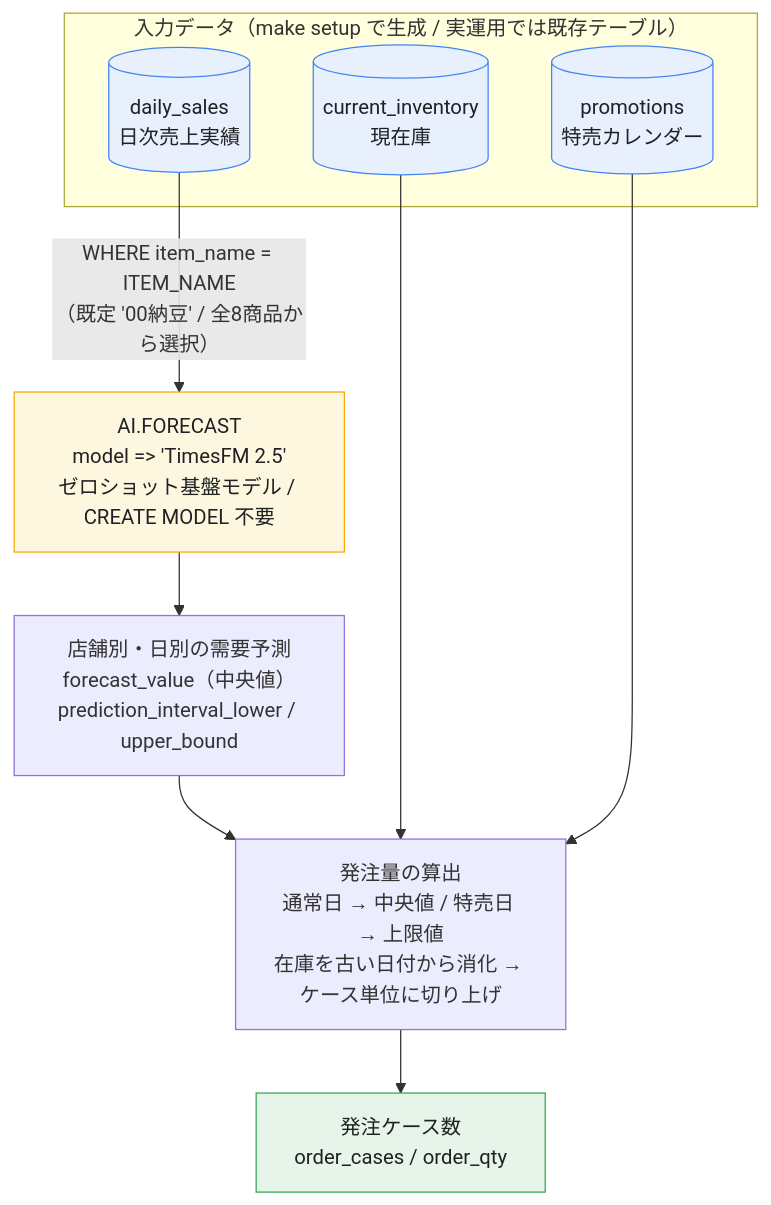
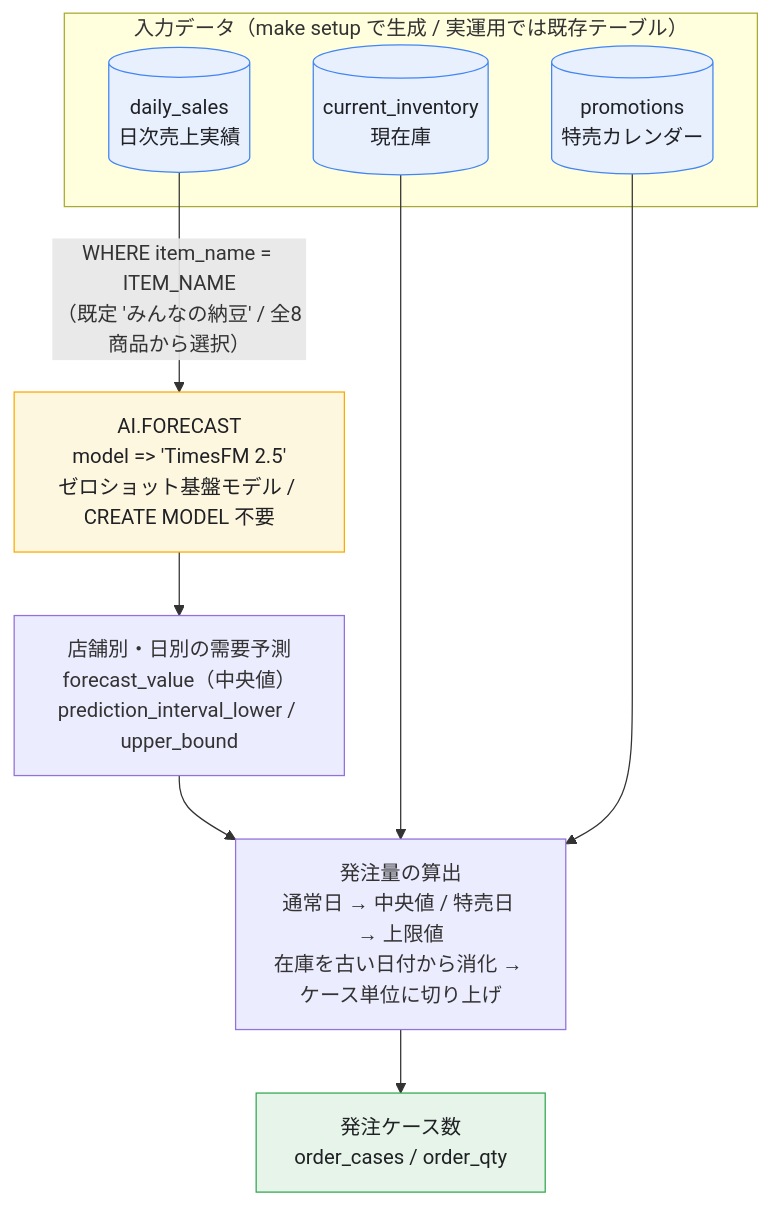
The first of 6 diagrams in README.md (shin5ok/bq-forecast-timesfm), drawn with Mermaid before and after one commit. The commit also changed other lines of this file and 8 other files, not shown here.

````diff
--- a/README.md
+++ b/README.md
@@ -18,27 +18,27 @@
 ```mermaid
 flowchart TD
     subgraph SRC["入力データ（make setup で生成 / 実運用では既存テーブル）"]
         SALES[("daily_sales<br/>日次売上実績")]
         INV[("current_inventory<br/>現在庫")]
         PROMO[("promotions<br/>特売カレンダー")]
     end
 
-    SALES -->|"WHERE item_name = ITEM_NAME<br/>（既定 '00納豆' / 全8商品から選択）"| FC
+    SALES -->|"WHERE item_name = ITEM_NAME<br/>（既定 'みんなの納豆' / 全8商品から選択）"| FC
 
     FC["AI.FORECAST<br/>model => 'TimesFM 2.5'<br/>ゼロショット基盤モデル / CREATE MODEL 不要"]
     FC --> PRED["店舗別・日別の需要予測<br/>forecast_value（中央値）<br/>prediction_interval_lower / upper_bound"]
 
     PRED --> PLAN
     INV --> PLAN
     PROMO --> PLAN
 
     PLAN["発注量の算出<br/>通常日 → 中央値 / 特売日 → 上限値<br/>在庫を古い日付から消化 → ケース単位に切り上げ"]
     PLAN --> OUT["発注ケース数<br/>order_cases / order_qty"]
 
     classDef table fill:#e8f0fe,stroke:#4285f4,color:#202124
     classDef ai fill:#fef7e0,stroke:#f9ab00,color:#202124
     classDef out fill:#e6f4ea,stroke:#34a853,color:#202124
     class SALES,INV,PROMO table
     class FC ai
     class OUT out
 ```
````
